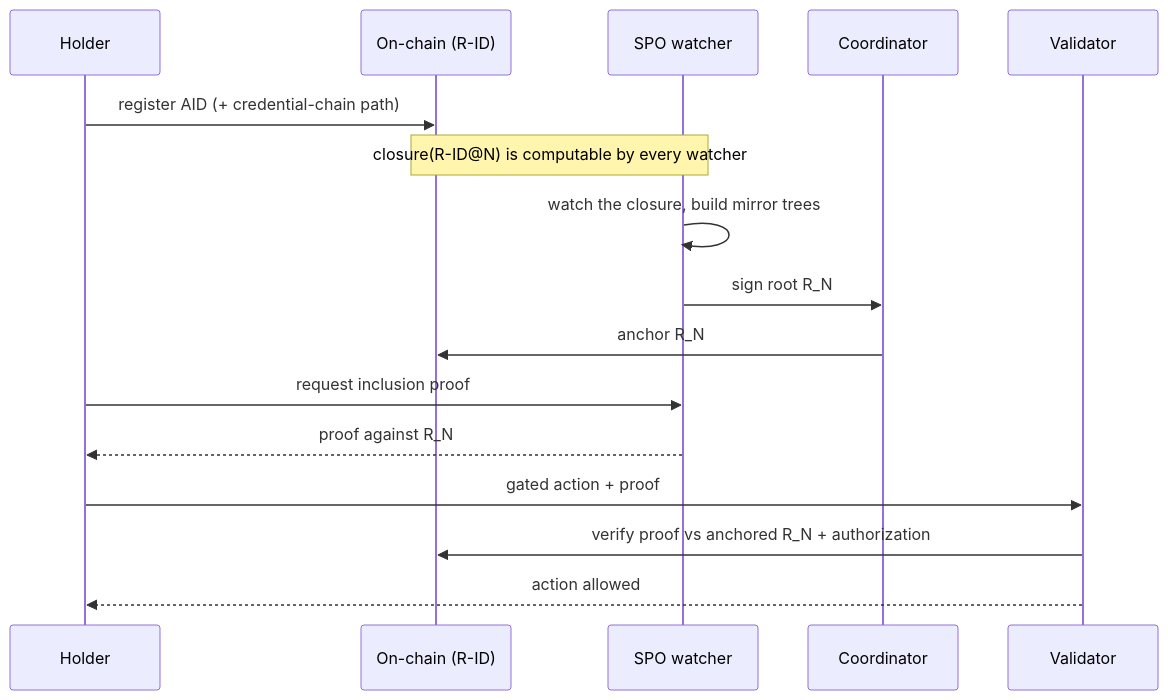
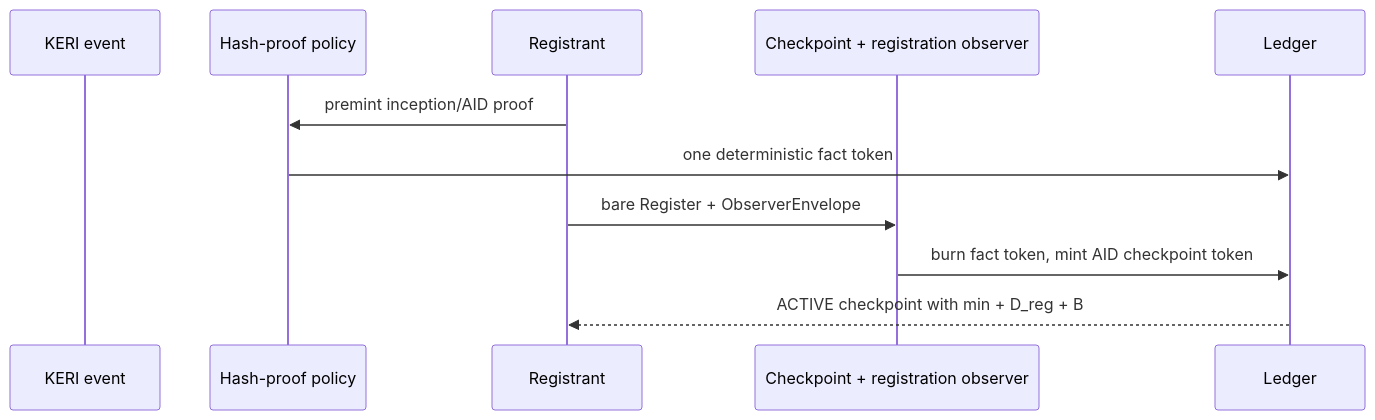
Before and after one commit to lambdasistemi/cardano-keri: the second of 4 diagrams in docs/architecture/system.md, drawn with Mermaid. The commit also changed other lines of this file and 24 other files, not shown here.

````diff
--- a/docs/architecture/system.md
+++ b/docs/architecture/system.md
@@ -123,18 +70,14 @@
 ```mermaid
 sequenceDiagram
-    participant H as Holder
-    participant CH as On-chain (R-ID)
-    participant W as SPO watcher
-    participant CO as Coordinator
-    participant V as Validator
-    H->>CH: register AID (+ credential-chain path)
-    Note over CH,W: closure(R-ID@N) is computable by every watcher
-    W->>W: watch the closure, build mirror trees
-    W->>CO: sign root R_N
-    CO->>CH: anchor R_N
-    H->>W: request inclusion proof
-    W-->>H: proof against R_N
-    H->>V: gated action + proof
-    V->>CH: verify proof vs anchored R_N + authorization
-    V-->>H: action allowed
+    participant K as KERI event
+    participant H as Hash-proof policy
+    participant R as Registrant
+    participant C as Checkpoint + registration observer
+    participant L as Ledger
+
+    R->>H: premint inception/AID proof
+    H->>L: one deterministic fact token
+    R->>C: bare Register + ObserverEnvelope
+    C->>L: burn fact token, mint AID checkpoint token
+    L-->>R: ACTIVE checkpoint with min + D_reg + B
 ```
````
